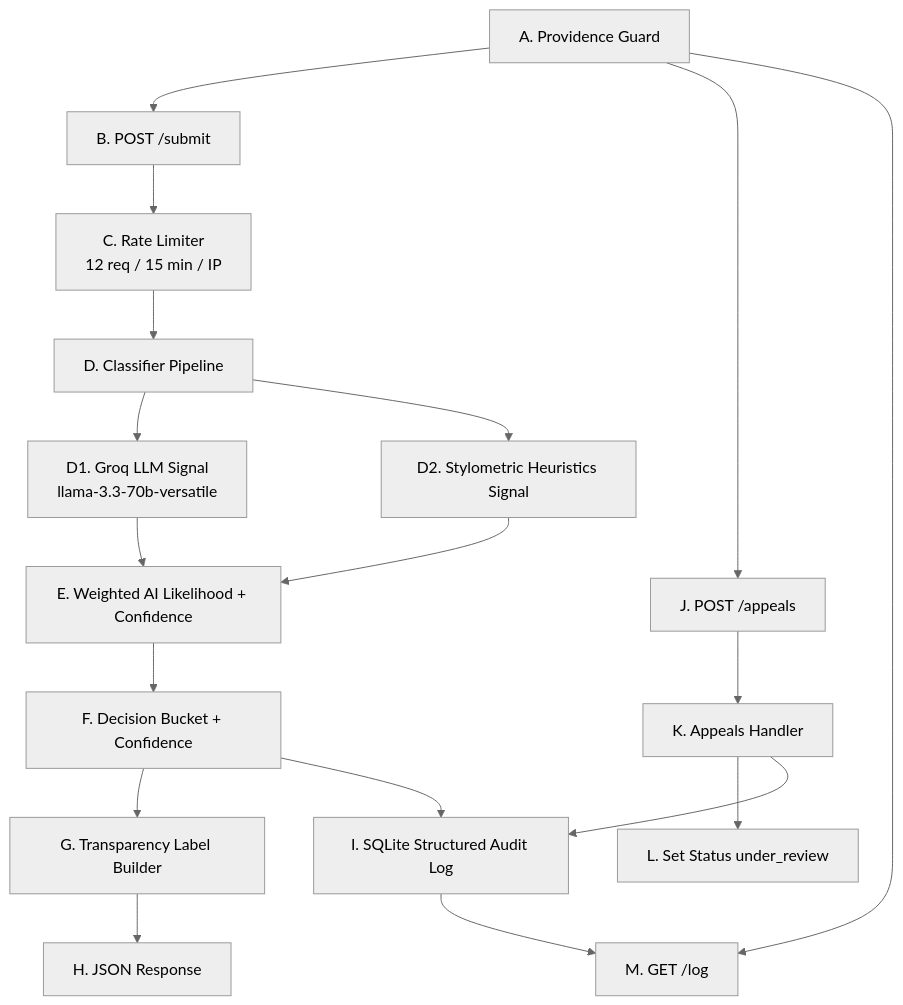
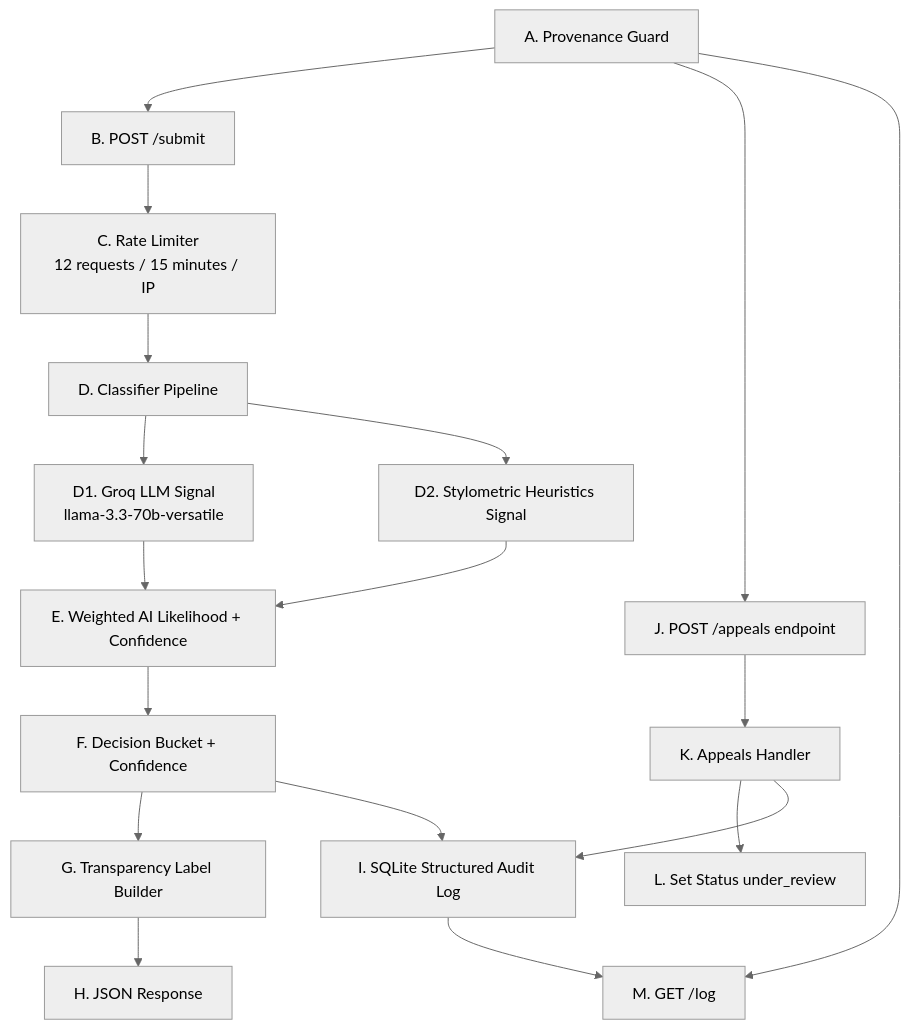
The diagram in planning.md (mardisworld/ai201-project4-provenance-guard), drawn with Mermaid (neutral theme) before and after one commit. The commit also changed other lines of this file and 3 other files, not shown here.

````diff
--- a/planning.md
+++ b/planning.md
@@ -96,22 +150,22 @@
 ```mermaid
 flowchart TD
-    A[A. Providence Guard] --> B[B. POST /submit]
-    B --> C[C. Rate Limiter\n12 req / 15 min / IP]
+    A[A. Provenance Guard] --> B[B. POST /submit]
+    B --> C[C. Rate Limiter\n12 requests / 15 minutes / IP]
   C --> D[D. Classifier Pipeline]
   D --> D1[D1. Groq LLM Signal\nllama-3.3-70b-versatile]
   D --> D2[D2. Stylometric Heuristics Signal]
   D1 --> E[E. Weighted AI Likelihood + Confidence]
   D2 --> E[E. Weighted AI Likelihood + Confidence]
     E --> F[F. Decision Bucket + Confidence]
     F --> G[G. Transparency Label Builder]
     G --> H[H. JSON Response]
   F --> I[I. SQLite Structured Audit Log]
 
-    A --> J[J. POST /appeals]
+    A --> J[J. POST /appeals endpoint]
     J --> K[K. Appeals Handler]
     K --> L[L. Set Status under_review]
     K --> I[I. SQLite Structured Audit Log]
 
-    A --> M[M. GET /log]
+    A --> M[M. GET /log endpoint]
     I --> M[M. GET /log]
 ```
````
